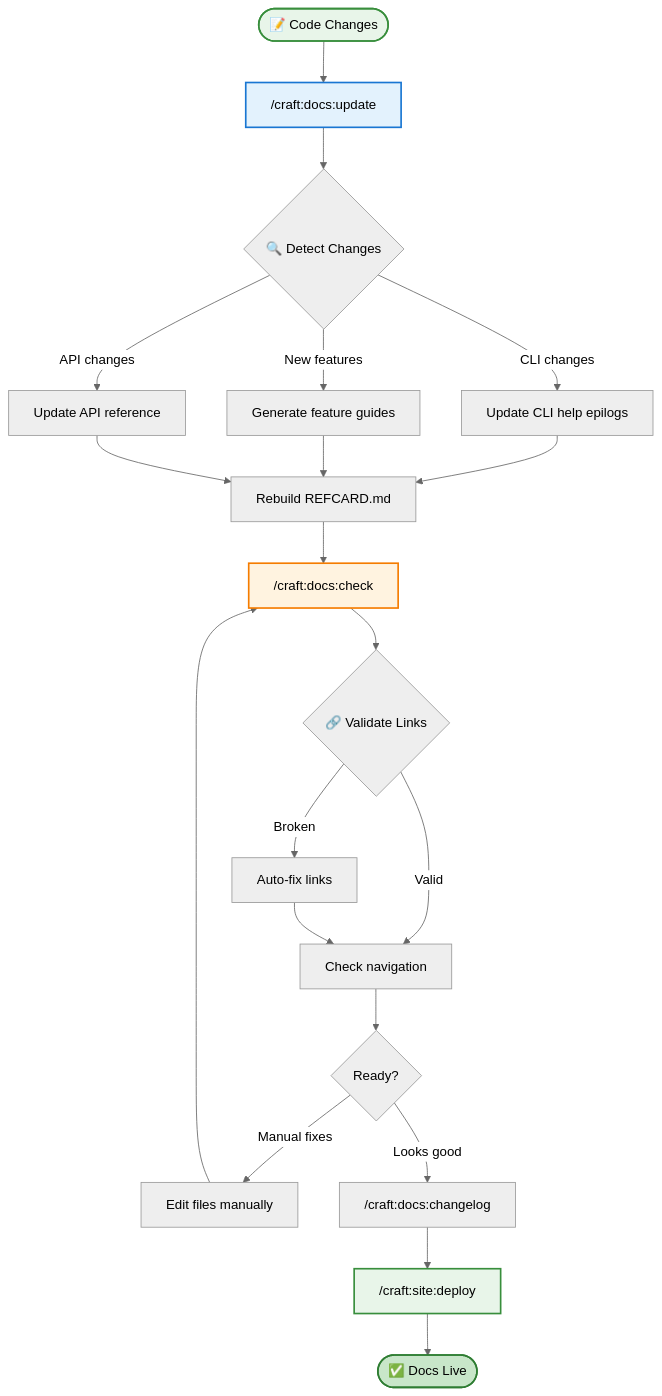
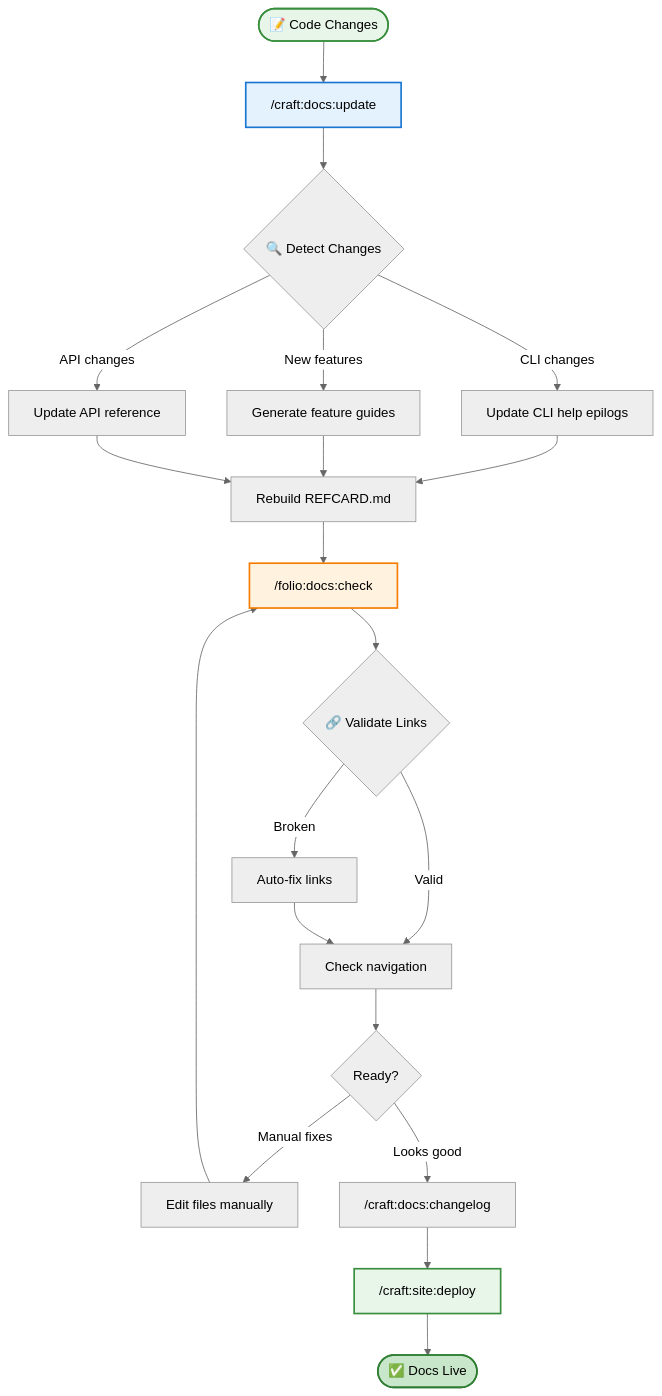
Before and after one commit to Data-Wise/craft: the second of 6 diagrams in docs/workflows/index.md, drawn with Mermaid (neutral theme). The commit also changed other lines of this file and 64 other files, not shown here.

````diff
--- a/docs/workflows/index.md
+++ b/docs/workflows/index.md
@@ -56,38 +56,38 @@
 ```mermaid
 flowchart TD
     START([📝 Code Changes]) --> UPDATE["/craft:docs:update"]
 
     UPDATE --> DETECT{🔍 Detect Changes}
     DETECT -->|CLI changes| CLI["Update CLI help epilogs"]
     DETECT -->|New features| FEAT["Generate feature guides"]
     DETECT -->|API changes| API["Update API reference"]
 
     CLI --> REFCARD["Rebuild REFCARD.md"]
     FEAT --> REFCARD
     API --> REFCARD
 
-    REFCARD --> CHECK["/craft:docs:check"]
+    REFCARD --> CHECK["/folio:docs:check"]
     CHECK --> LINKS{🔗 Validate Links}
     LINKS -->|Broken| FIX["Auto-fix links"]
     LINKS -->|Valid| NAV["Check navigation"]
     FIX --> NAV
 
     NAV --> DECISION{Ready?}
     DECISION -->|Manual fixes| MANUAL["Edit files manually"]
     MANUAL --> CHECK
     DECISION -->|Looks good| CHANGELOG["/craft:docs:changelog"]
 
     CHANGELOG --> DEPLOY["/craft:site:deploy"]
     DEPLOY --> DONE(["✅ Docs Live"])
 
     click UPDATE "../commands/docs#craftdocsupdate" "Click to see full documentation"
     click CHECK "../commands/docs#craftdocscheck" "Click to see validation options"
     click CHANGELOG "../commands/docs#craftdocschangelog" "Click to see changelog generation"
     click DEPLOY "../commands/site#craftcreatecraftsitedeploy" "Click to see deployment options"
 
     style START fill:#e8f5e9,stroke:#388e3c,stroke-width:2px
     style UPDATE fill:#e3f2fd,stroke:#1976d2,stroke-width:2px
     style CHECK fill:#fff3e0,stroke:#f57c00,stroke-width:2px
     style DEPLOY fill:#e8f5e9,stroke:#388e3c,stroke-width:2px
     style DONE fill:#c8e6c9,stroke:#2e7d32,stroke-width:2px
 ```
````
